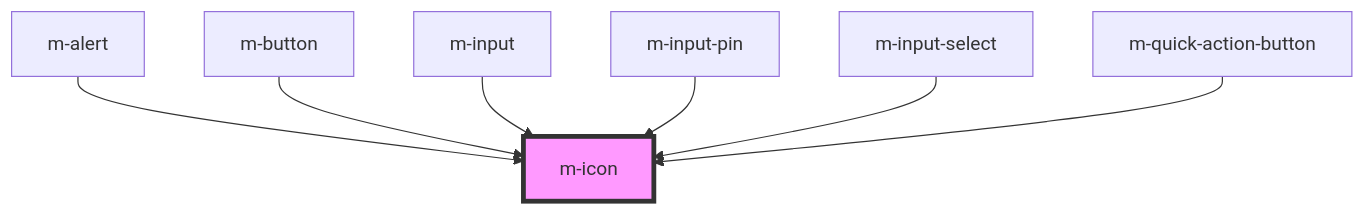
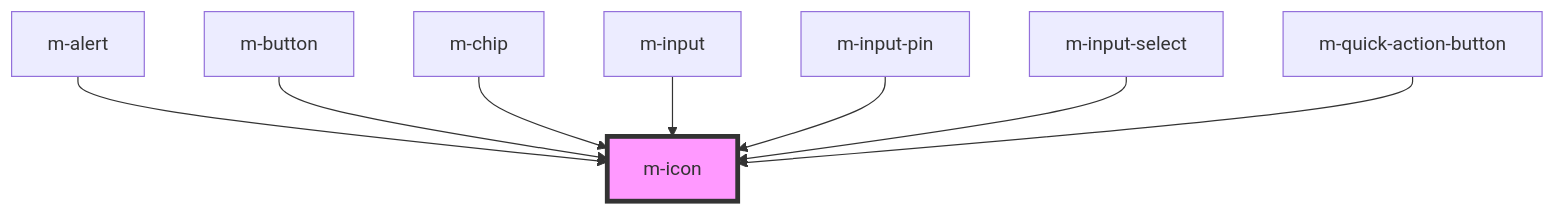
The diagram in libraries/modyo-design-system/src/components/m-icon/readme.md (dynamic-framework/dynamic-ui), drawn with Mermaid before and after one commit. The commit also changed other lines of this file and 16 other files, not shown here.

````diff
--- a/libraries/modyo-design-system/src/components/m-icon/readme.md
+++ b/libraries/modyo-design-system/src/components/m-icon/readme.md
@@ -37,10 +38,11 @@
 ```mermaid
 graph TD;
   m-alert --> m-icon
   m-button --> m-icon
+  m-chip --> m-icon
   m-input --> m-icon
   m-input-pin --> m-icon
   m-input-select --> m-icon
   m-quick-action-button --> m-icon
   style m-icon fill:#f9f,stroke:#333,stroke-width:4px
 ```
````
